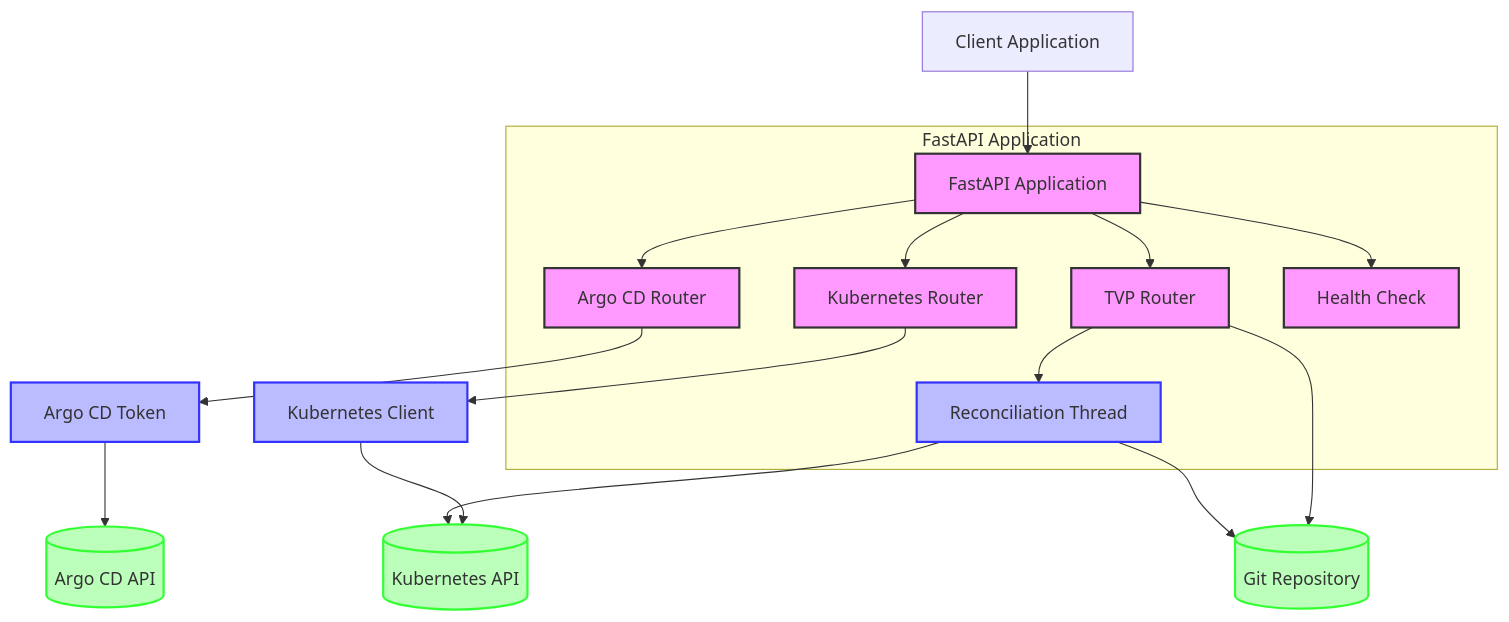
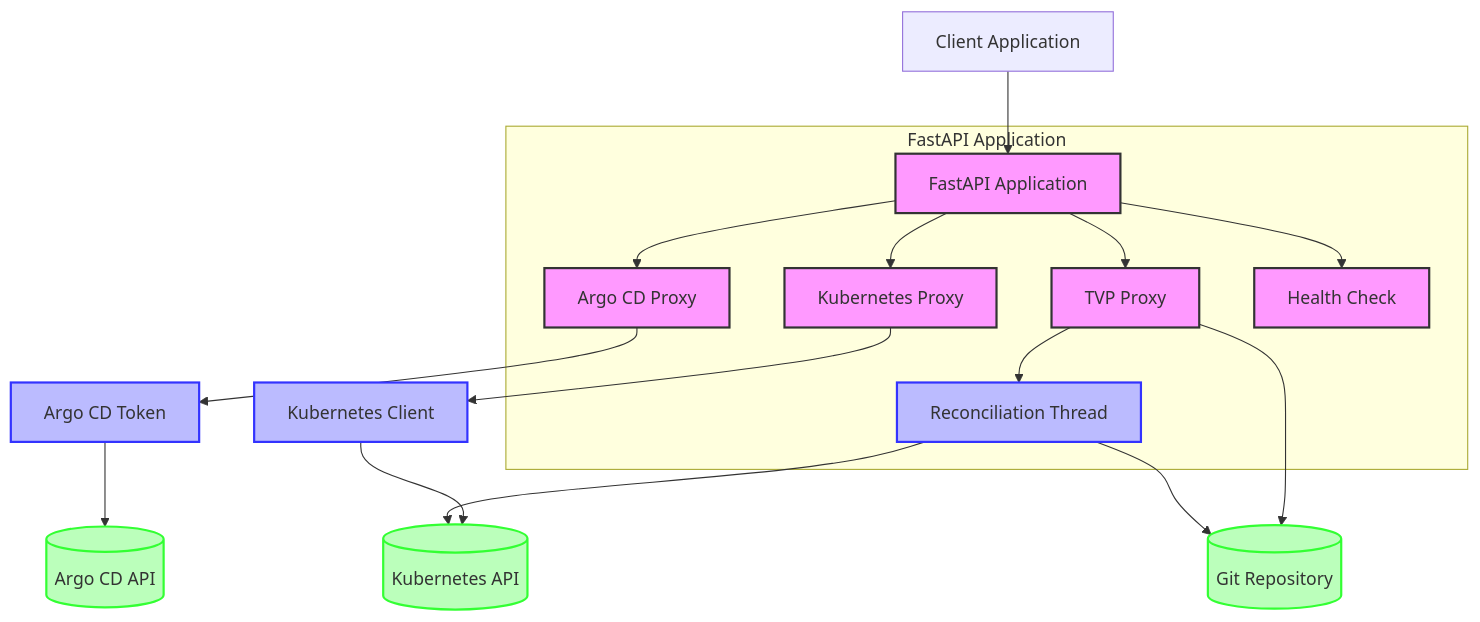
One commit to lloydchang/tvp-k8s changed the diagram in fastapi/mermaid/component-diagram.mermaid. Above: the diagram before and after it, drawn with Mermaid. The commit also changed 11 other files, not shown here.

```diff
--- a/fastapi/mermaid/component-diagram.mermaid
+++ b/fastapi/mermaid/component-diagram.mermaid
@@ -1,27 +1,27 @@
 flowchart TB
     Client[Client Application] --> API[FastAPI Application]
     
     subgraph "FastAPI Application"
-        API --> KR[Kubernetes Router]
-        API --> AR[Argo CD Router]
-        API --> TR[TVP Router]
+        API --> KR[Kubernetes Proxy]
+        API --> AR[Argo CD Proxy]
+        API --> TR[TVP Proxy]
         API --> Health[Health Check]
         TR --> RT[Reconciliation Thread]
     end
     
     KR --> KC[Kubernetes Client]
     AR --> AT[Argo CD Token]
     TR --> GitRepo[(Git Repository)]
     
     KC --> Kubernetes[(Kubernetes API)]
     AT --> ArgoCD[(Argo CD API)]
     RT --> GitRepo
     RT --> Kubernetes
     
     classDef component fill:#f9f,stroke:#333,stroke-width:2px
     classDef api fill:#bbf,stroke:#33f,stroke-width:2px
     classDef external fill:#bfb,stroke:#3f3,stroke-width:2px
     
     class API,KR,AR,TR,Health component
     class KC,AT,RT api
     class Kubernetes,ArgoCD,GitRepo external
```
